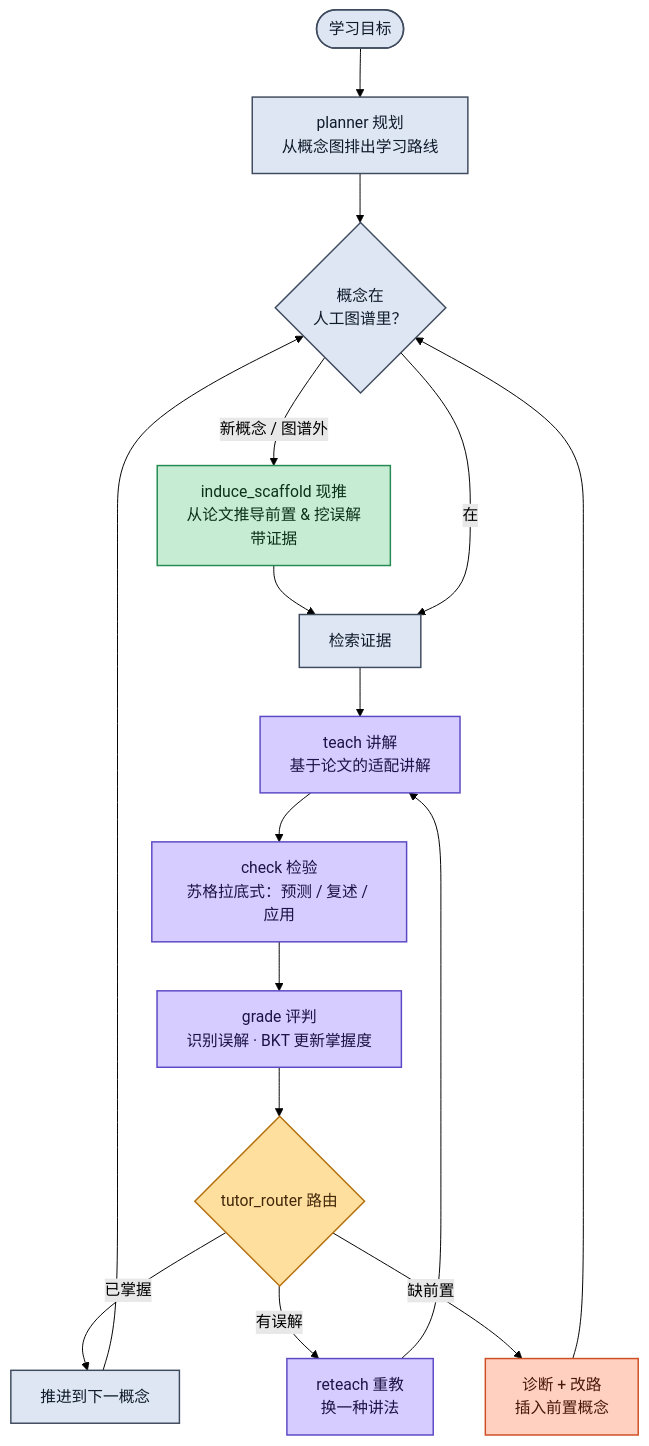
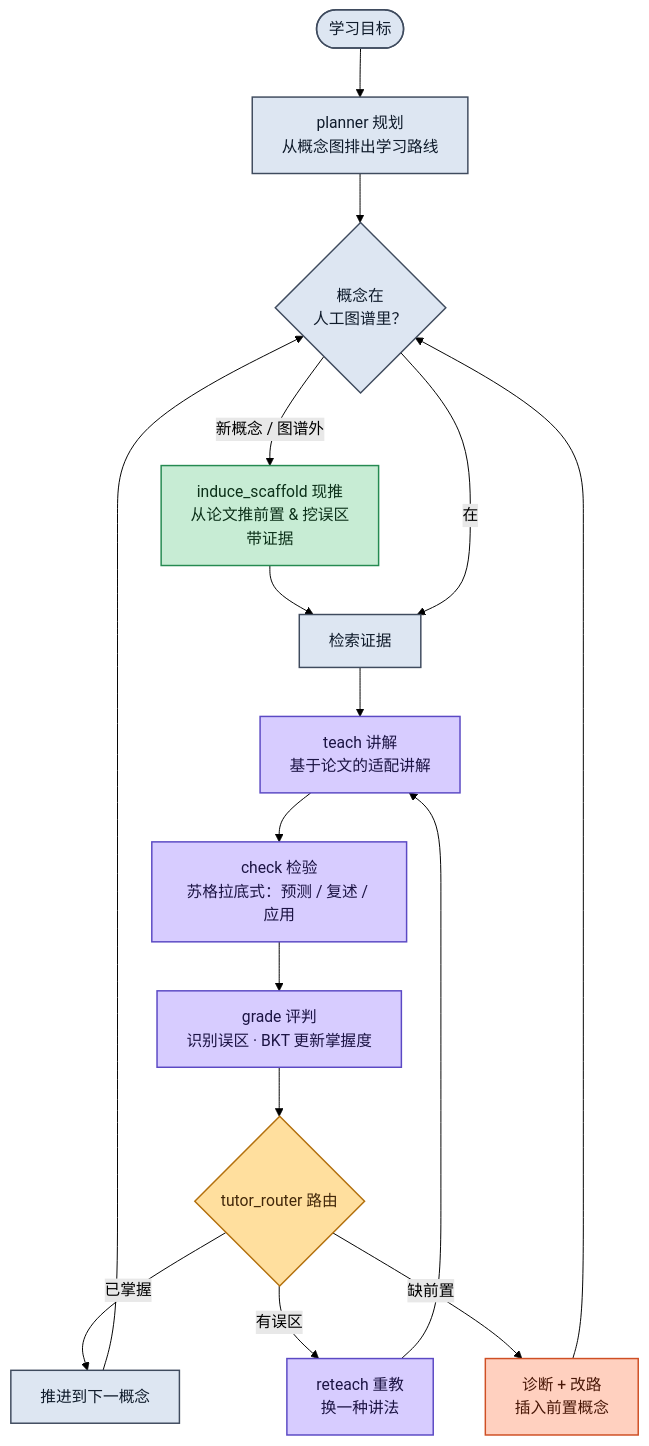
The diagram in README.md (The-Architect-3906/LitNavigator), drawn with Mermaid (forest theme) before and after one commit. The commit also changed other lines of this file, not shown here.

````diff
--- a/README.md
+++ b/README.md
@@ -69,29 +67,29 @@
 ```mermaid
 flowchart TD
     A([学习目标]) --> P[planner 规划<br/>从概念图排出学习路线]
     P --> S{概念在<br/>人工图谱里？}
-    S -->|新概念 / 图谱外| I[induce_scaffold 现推<br/>从论文推导前置 & 挖误解<br/>带证据]
+    S -->|新概念 / 图谱外| I[induce_scaffold 现推<br/>从论文推前置 & 挖误区<br/>带证据]
     I --> R
     S -->|在| R[检索证据]
     R --> T[teach 讲解<br/>基于论文的适配讲解]
     T --> C[check 检验<br/>苏格拉底式：预测 / 复述 / 应用]
-    C --> G[grade 评判<br/>识别误解 · BKT 更新掌握度]
+    C --> G[grade 评判<br/>识别误区 · BKT 更新掌握度]
     G --> RT{tutor_router 路由}
     RT -->|已掌握| ADV[推进到下一概念]
-    RT -->|有误解| RE[reteach 重教<br/>换一种讲法]
+    RT -->|有误区| RE[reteach 重教<br/>换一种讲法]
     RE --> T
     RT -->|缺前置| DG[诊断 + 改路<br/>插入前置概念]
     DG --> S
     ADV --> S
 
     classDef base fill:#dde6f2,stroke:#3f4b5e,color:#0f1b2b,stroke-width:1.5px;
     classDef teach fill:#d7ccff,stroke:#5b49c4,color:#1c1444,stroke-width:1.5px;
     classDef route fill:#ffdf9e,stroke:#b3700d,color:#43280a,stroke-width:1.5px;
     classDef induce fill:#c7ecd4,stroke:#258a51,color:#0c3019,stroke-width:1.5px;
     classDef gap fill:#ffd0bf,stroke:#cf4f24,color:#481606,stroke-width:1.5px;
     class A,P,S,R,ADV base;
     class T,C,G,RE teach;
     class RT route;
     class I induce;
     class DG gap;
 ```
````
